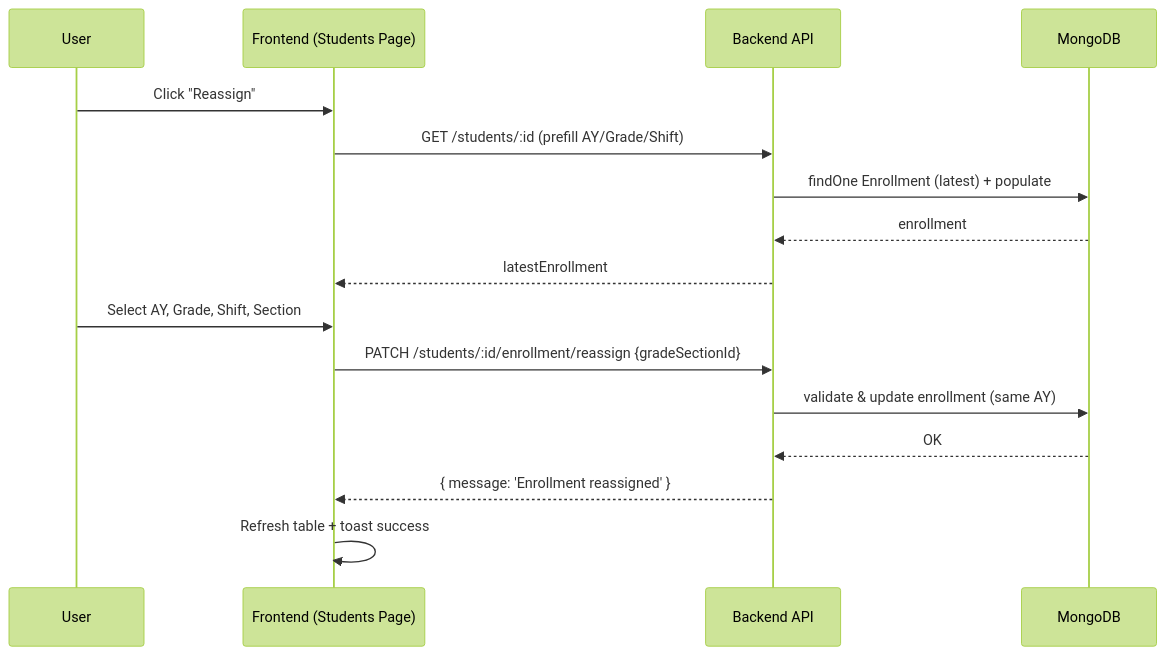
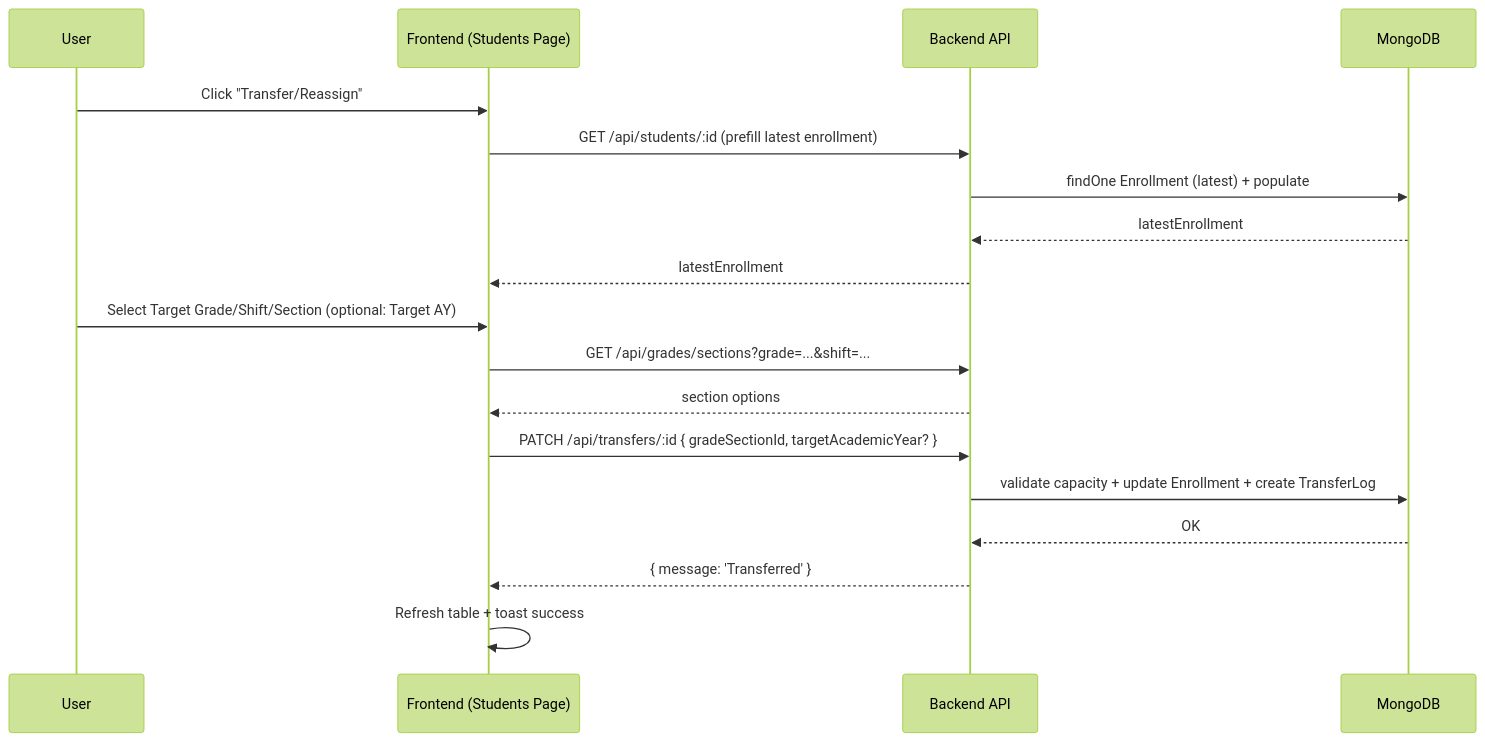
The third of 6 diagrams in docs/DIAGRAMS.md (khays62/nuuru-al-bayaan), drawn with Mermaid (forest theme) before and after one commit. The commit also changed other lines of this file and 2 other files, not shown here.

Commit message:
docs: update diagrams/data models/architecture

````diff
--- a/docs/DIAGRAMS.md
+++ b/docs/DIAGRAMS.md
@@ -117,19 +132,21 @@
 ```mermaid
 sequenceDiagram
   participant U as User
   participant FE as Frontend (Students Page)
   participant API as Backend API
   participant DB as MongoDB
 
-  U->>FE: Click "Reassign"
-  FE->>API: GET /students/:id (prefill AY/Grade/Shift)
+  U->>FE: Click "Transfer/Reassign"
+  FE->>API: GET /api/students/:id (prefill latest enrollment)
   API->>DB: findOne Enrollment (latest) + populate
-  DB-->>API: enrollment
+  DB-->>API: latestEnrollment
   API-->>FE: latestEnrollment
-  U->>FE: Select AY, Grade, Shift, Section
-  FE->>API: PATCH /students/:id/enrollment/reassign {gradeSectionId}
-  API->>DB: validate & update enrollment (same AY)
+  U->>FE: Select Target Grade/Shift/Section (optional: Target AY)
+  FE->>API: GET /api/grades/sections?grade=...&shift=...
+  API-->>FE: section options
+  FE->>API: PATCH /api/transfers/:id { gradeSectionId, targetAcademicYear? }
+  API->>DB: validate capacity + update Enrollment + create TransferLog
   DB-->>API: OK
-  API-->>FE: { message: 'Enrollment reassigned' }
+  API-->>FE: { message: 'Transferred' }
   FE->>FE: Refresh table + toast success
 ```
````
